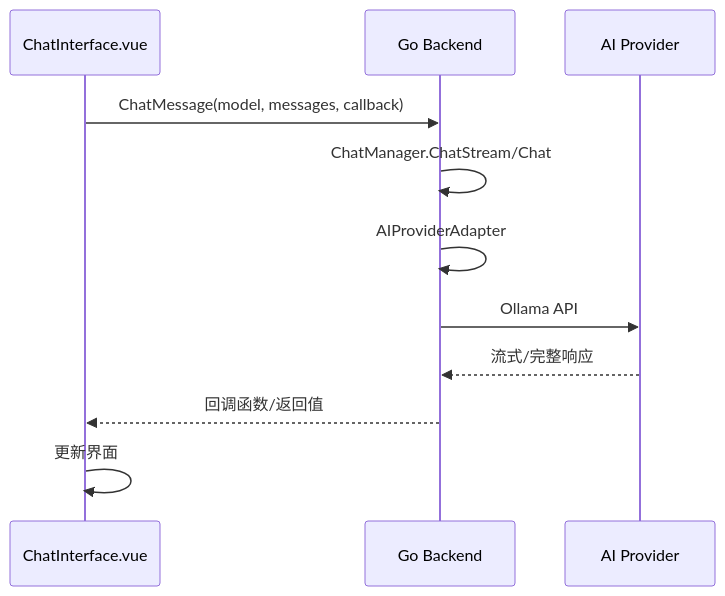
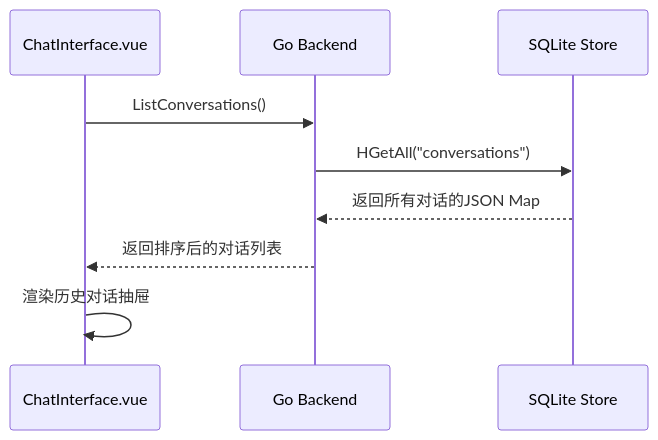
The first of 2 diagrams in docs/设计/chat_manager/03.数据结构.md (fzxs8/tools-ollama), drawn with Mermaid before and after one commit. The commit also changed other lines of this file and 12 other files, not shown here.

````diff
--- a/docs/设计/chat_manager/03.数据结构.md
+++ b/docs/设计/chat_manager/03.数据结构.md
@@ -160,14 +85,12 @@
 ```mermaid
 sequenceDiagram
     participant Vue as ChatInterface.vue
     participant Go as Go Backend
-    participant AI as AI Provider
-    
-    Vue->>Go: ChatMessage(model, messages, callback)
-    Go->>Go: ChatManager.ChatStream/Chat
-    Go->>Go: AIProviderAdapter
-    Go->>AI: Ollama API
-    AI-->>Go: 流式/完整响应
-    Go-->>Vue: 回调函数/返回值
-    Vue->>Vue: 更新界面
+    participant Store as SQLite Store
+
+    Vue->>Go: ListConversations()
+    Go->>Store: HGetAll("conversations")
+    Store-->>Go: 返回所有对话的JSON Map
+    Go-->>Vue: 返回排序后的对话列表
+    Vue->>Vue: 渲染历史对话抽屉
 ```
````
